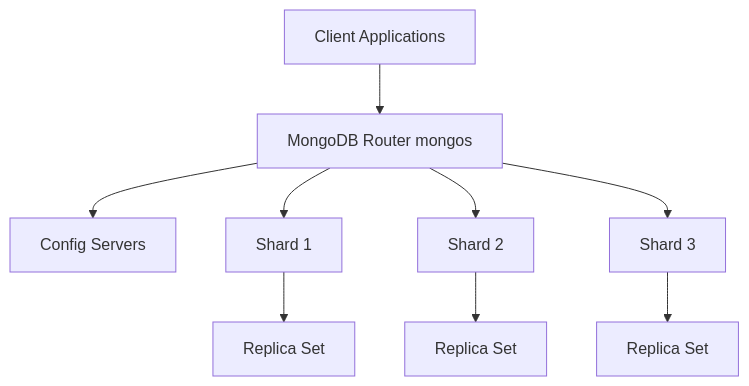
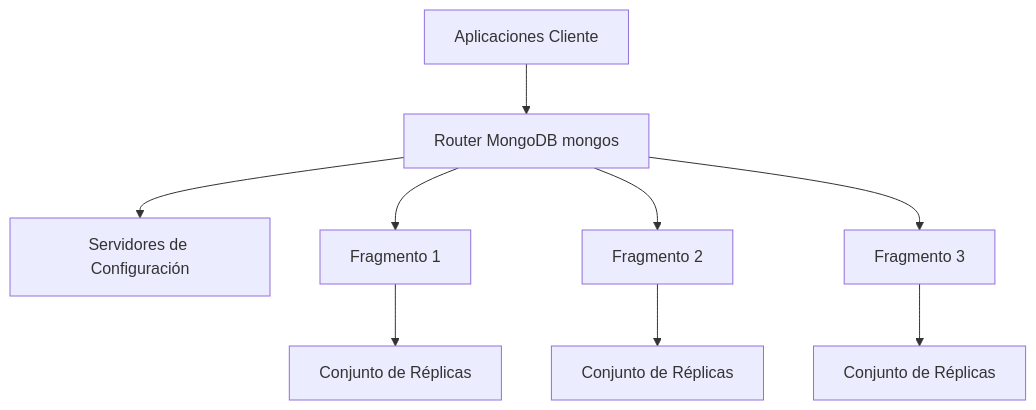
One commit to BrayanUmba/spark changed the first of 2 diagrams in Tarea 4/README.md. Above: the diagram before and after it, drawn with Mermaid. The commit also changed other lines of this file, not shown here.

````diff
--- a/Tarea 4/README.md
+++ b/Tarea 4/README.md
@@ -38,11 +38,11 @@
 ```mermaid
 graph TD
-    A[Client Applications] --> B[MongoDB Router mongos]
-    B --> C[Config Servers]
-    B --> D[Shard 1]
-    B --> E[Shard 2]
-    B --> F[Shard 3]
-    D --> G[Replica Set]
-    E --> H[Replica Set]
-    F --> I[Replica Set]
+    A[Aplicaciones Cliente] --> B[Router MongoDB mongos]
+    B --> C[Servidores de Configuración]
+    B --> D[Fragmento 1]
+    B --> E[Fragmento 2]
+    B --> F[Fragmento 3]
+    D --> G[Conjunto de Réplicas]
+    E --> H[Conjunto de Réplicas]
+    F --> I[Conjunto de Réplicas]
 ```
````
